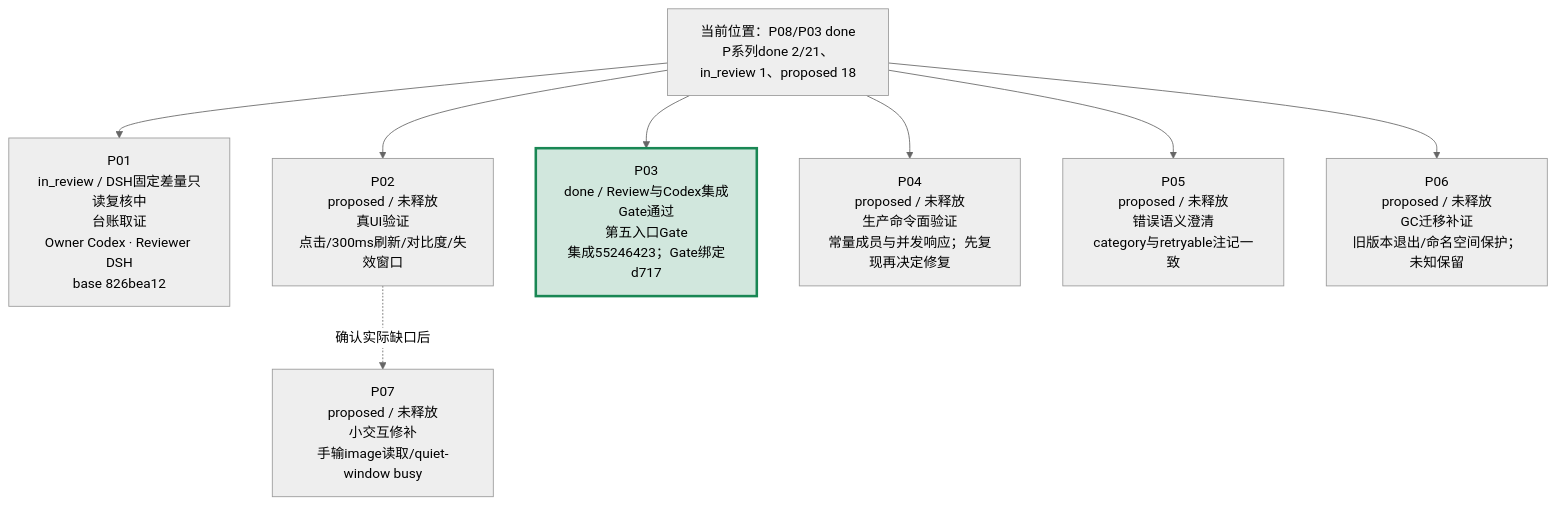
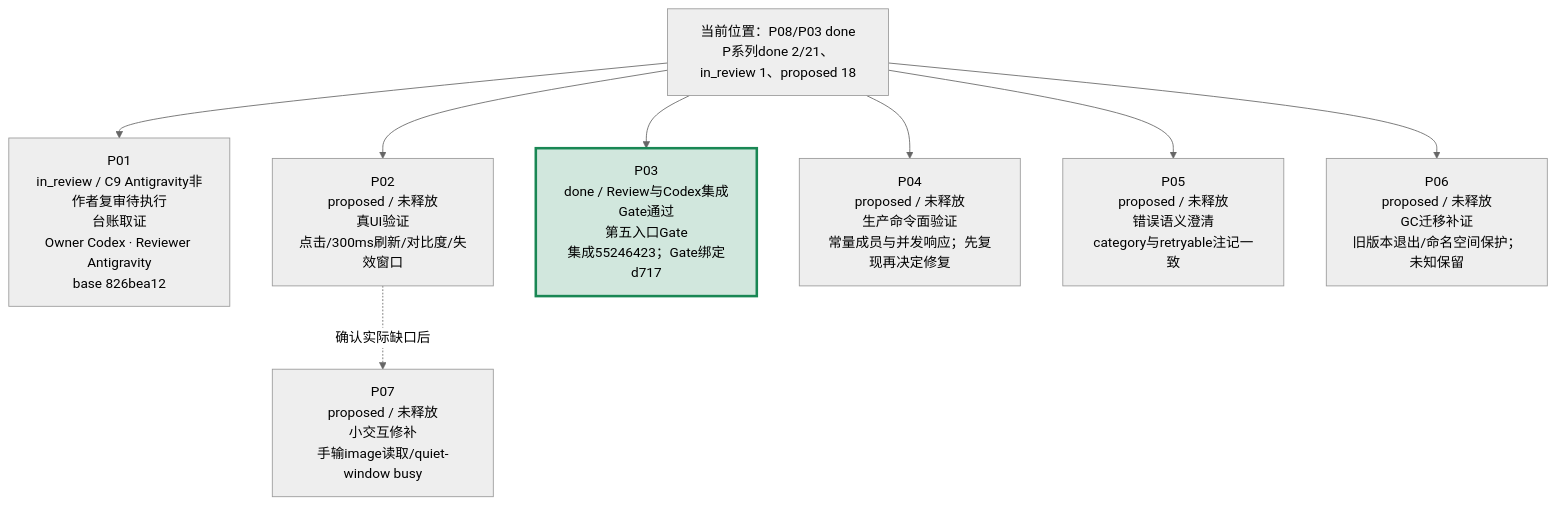
The second of 4 diagrams in verification/PROJECT-ROADMAP-20261008/ROADMAP.md (peakwheat-pixel/New-Manga), drawn with Mermaid (neutral theme) before and after one commit. The commit also changed other lines of this file and 23 other files, not shown here.

````diff
--- a/verification/PROJECT-ROADMAP-20261008/ROADMAP.md
+++ b/verification/PROJECT-ROADMAP-20261008/ROADMAP.md
@@ -30,11 +30,11 @@
 ```mermaid
 flowchart TB
-  BASE["当前位置：P08/P03 done<br/>P系列done 2/21、in_review 1、proposed 18"] --> P01["P01<br/>in_review / DSH固定差量只读复核中<br/>台账取证<br/>Owner Codex · Reviewer DSH<br/>base 826bea12"]
+  BASE["当前位置：P08/P03 done<br/>P系列done 2/21、in_review 1、proposed 18"] --> P01["P01<br/>in_review / C9 Antigravity非作者复审待执行<br/>台账取证<br/>Owner Codex · Reviewer Antigravity<br/>base 826bea12"]
   BASE --> P02["P02<br/>proposed / 未释放<br/>真UI验证<br/>点击/300ms刷新/对比度/失效窗口"]
   BASE --> P03["P03<br/>done / Review与Codex集成Gate通过<br/>第五入口Gate<br/>集成55246423；Gate绑定d717"]
   BASE --> P04["P04<br/>proposed / 未释放<br/>生产命令面验证<br/>常量成员与并发响应；先复现再决定修复"]
   BASE --> P05["P05<br/>proposed / 未释放<br/>错误语义澄清<br/>category与retryable注记一致"]
   BASE --> P06["P06<br/>proposed / 未释放<br/>GC迁移补证<br/>旧版本退出/命名空间保护；未知保留"]
   P02 -. "确认实际缺口后" .-> P07["P07<br/>proposed / 未释放<br/>小交互修补<br/>手输image读取/quiet-window busy"]
   style P03 fill:#d1e7dd,stroke:#198754,stroke-width:3px
 ```
````
